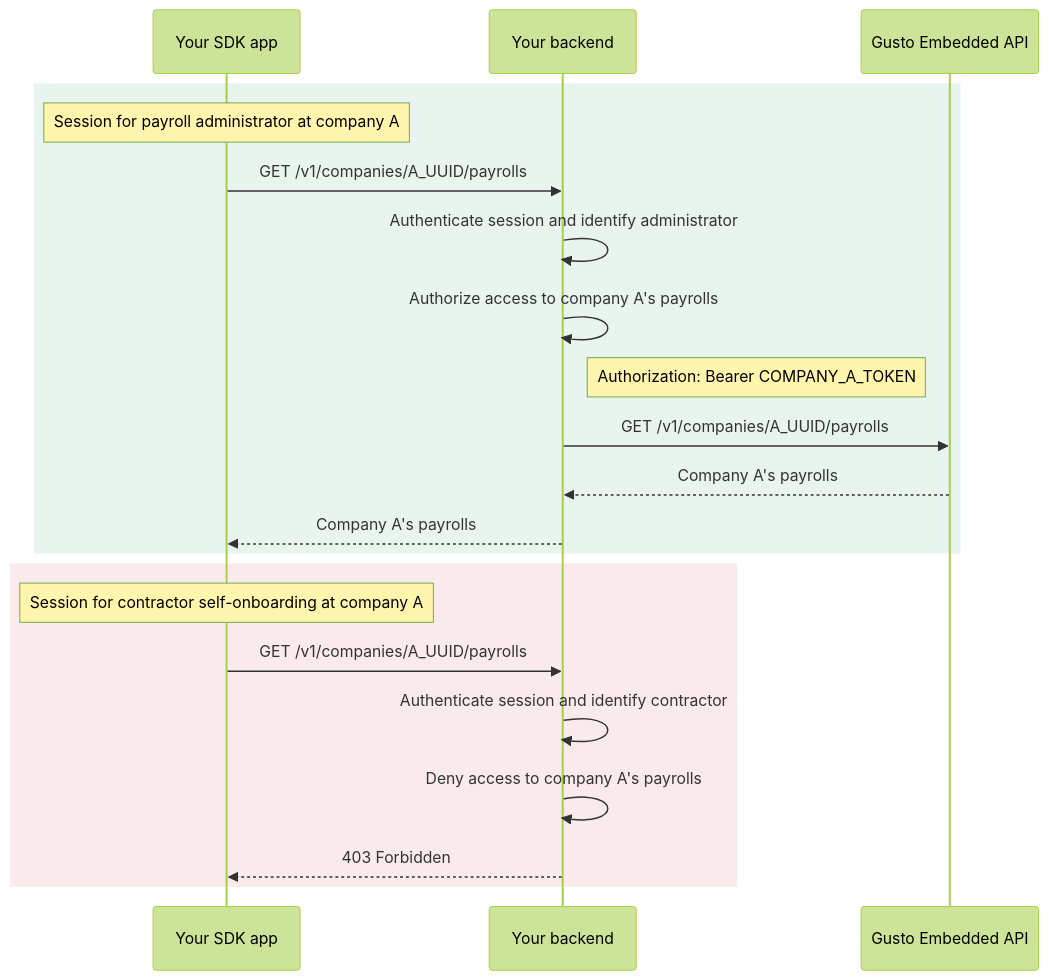
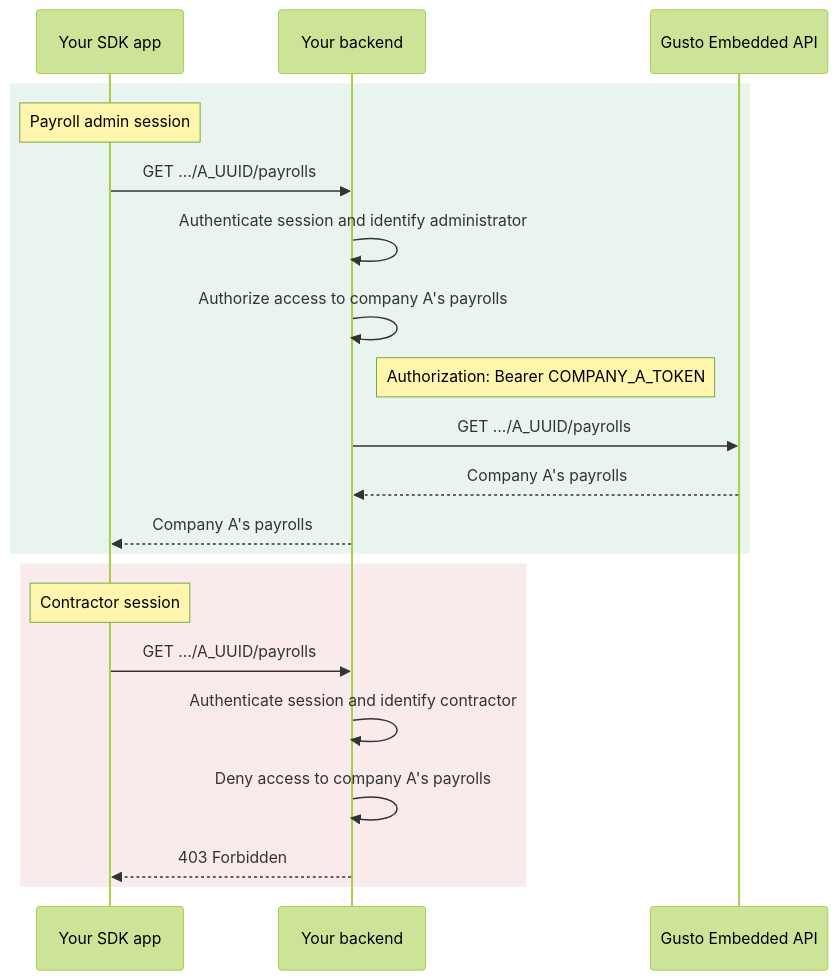
The fourth of 4 diagrams in docs/getting-started/authentication.md (Gusto/embedded-react-sdk), drawn with Mermaid (forest theme) before and after one commit. The commit also changed other lines of this file and 2 other files, not shown here.

Commit message:
docs: improve authentication and API access readability

````diff
--- a/docs/getting-started/authentication.md
+++ b/docs/getting-started/authentication.md
@@ -85,25 +85,25 @@
 ```mermaid
 sequenceDiagram
     participant SDK as Your SDK app
     participant Backend as Your backend
     participant API as Gusto Embedded API
 
     rect rgba(70, 160, 110, 0.12)
-        Note over SDK: Session for payroll administrator at company A
-        SDK->>Backend: GET /v1/companies/A_UUID/payrolls
+        Note over SDK: Payroll admin session
+        SDK->>Backend: GET …/A_UUID/payrolls
         Backend->>Backend: Authenticate session and identify administrator
         Backend->>Backend: Authorize access to company A's payrolls
         Note right of Backend: Authorization: Bearer COMPANY_A_TOKEN
-        Backend->>API: GET /v1/companies/A_UUID/payrolls
+        Backend->>API: GET …/A_UUID/payrolls
         API-->>Backend: Company A's payrolls
         Backend-->>SDK: Company A's payrolls
     end
 
     rect rgba(200, 90, 90, 0.12)
-        Note over SDK: Session for contractor self-onboarding at company A
-        SDK->>Backend: GET /v1/companies/A_UUID/payrolls
+        Note over SDK: Contractor session
+        SDK->>Backend: GET …/A_UUID/payrolls
         Backend->>Backend: Authenticate session and identify contractor
         Backend->>Backend: Deny access to company A's payrolls
         Backend-->>SDK: 403 Forbidden
     end
 ```
````
